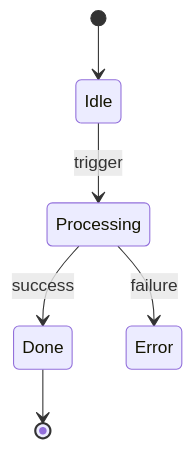
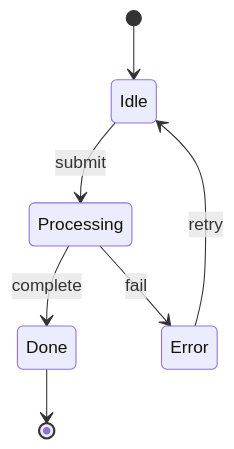
One commit to mgranberry/mermaid-diagram-skill changed the first of 6 diagrams in references/types/state.md. Above: the diagram before and after it, drawn with Mermaid. The commit also changed other lines of this file and 12 other files, not shown here.

````diff
--- a/references/types/state.md
+++ b/references/types/state.md
@@ -11,8 +12,9 @@
 ```mermaid
 stateDiagram-v2
     [*] --> Idle
-    Idle --> Processing : trigger
-    Processing --> Done : success
-    Processing --> Error : failure
+    Idle --> Processing : submit
+    Processing --> Done : complete
+    Processing --> Error : fail
+    Error --> Idle : retry
     Done --> [*]
 ```
````
